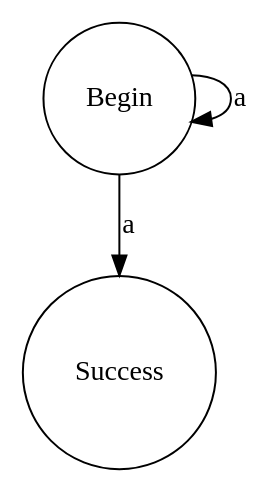
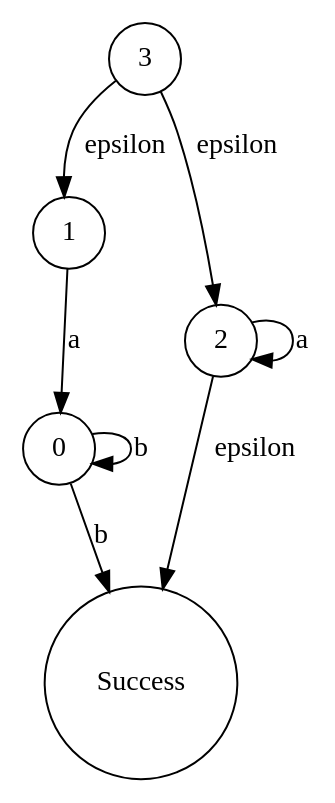
The diagram in MyRegEngine/bin/Debug/netcoreapp3.1/TestCase4.dot (ayanamists/MyRegEngine), drawn with Graphviz before and after one commit. The commit also changed 55 other files, not shown here.

```diff
--- a/MyRegEngine/bin/Debug/netcoreapp3.1/TestCase4.dot
+++ b/MyRegEngine/bin/Debug/netcoreapp3.1/TestCase4.dot
@@ -1,1 +1,1 @@
-digraph TestCase4 { 0 [shape=circle,label="Begin"]; 1 [shape=circle,label="Success"]; 0 -> 0[label="a"]; 0 -> 1[label="a"]; }
+digraph TestCase4 { 0 [shape=circle,label="0"]; 1 [shape=circle,label="1"]; 2 [shape=circle,label="2"]; 3 [shape=circle,label="3"]; 4 [shape=circle,label="Success"]; 0 -> 0[label="b"]; 0 -> 4[label="b"]; 1 -> 0[label="a"]; 2 -> 2[label="a"]; 2 -> 4[label="epsilon"]; 3 -> 1[label="epsilon"]; 3 -> 2[label="epsilon"]; }
```
